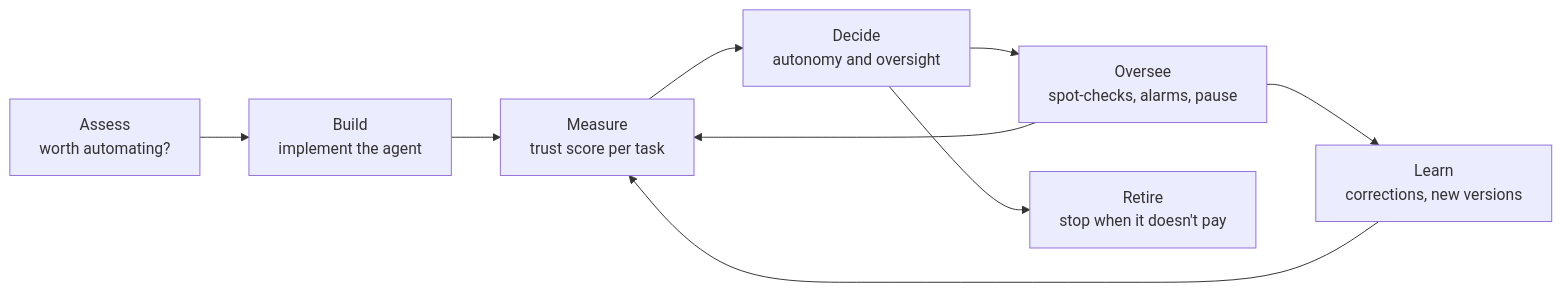
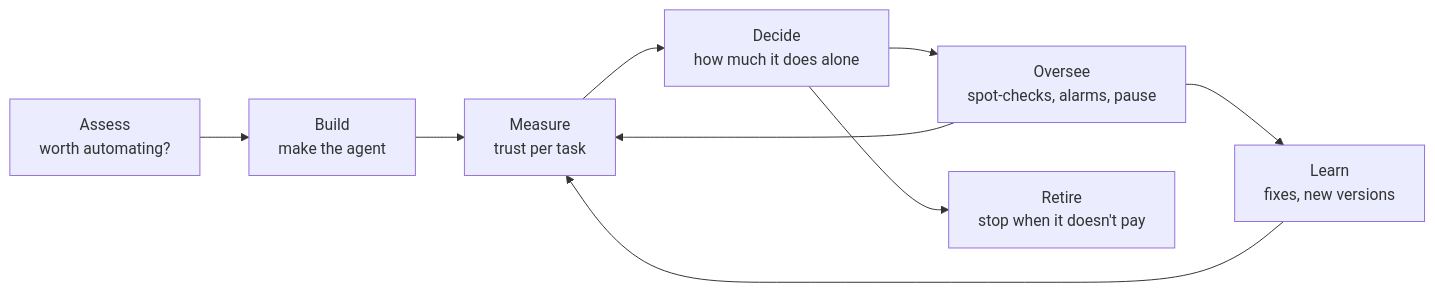
Before and after one commit to Hivemind-Labs-pty-ltd/earned-autonomy: the diagram in docs/primer.md, drawn with Mermaid. The commit also changed other lines of this file and 8 other files, not shown here.

````diff
--- a/docs/primer.md
+++ b/docs/primer.md
@@ -30,11 +7,11 @@
 ```mermaid
 flowchart LR
-    A[Assess<br/>worth automating?] --> B[Build<br/>implement the agent]
-    B --> M[Measure<br/>trust score per task]
-    M --> D[Decide<br/>autonomy and oversight]
+    A[Assess<br/>worth automating?] --> B[Build<br/>make the agent]
+    B --> M[Measure<br/>trust per task]
+    M --> D[Decide<br/>how much it does alone]
     D --> O[Oversee<br/>spot-checks, alarms, pause]
-    O --> L[Learn<br/>corrections, new versions]
+    O --> L[Learn<br/>fixes, new versions]
     L --> M
     O --> M
     D --> R[Retire<br/>stop when it doesn't pay]
 ```
````
